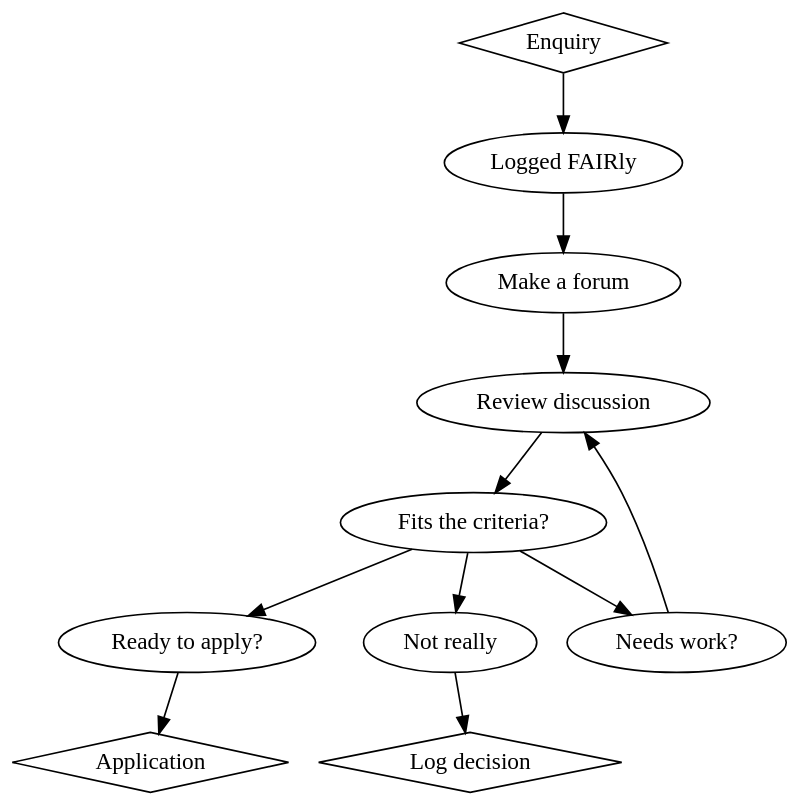
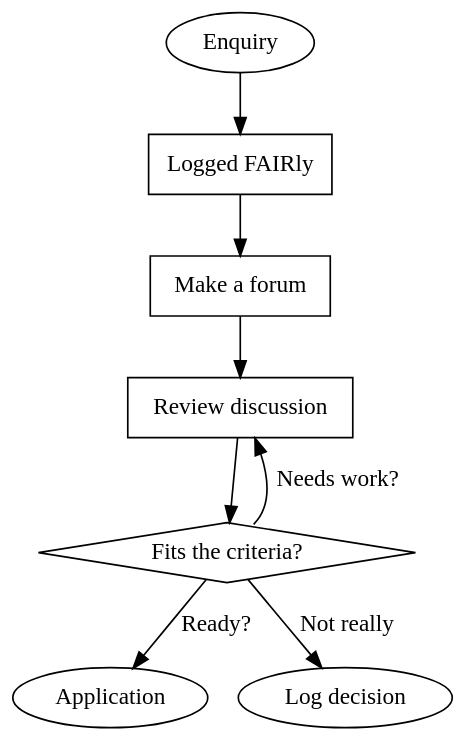
The diagram in team/governance/diagrams/triage.dot (NERC-CEH/rse_group), drawn with Graphviz before and after one commit. The commit also changed 2 other files, not shown here.

Commit message:
Refactored flow charts slightly

```diff
--- a/team/governance/diagrams/triage.dot
+++ b/team/governance/diagrams/triage.dot
@@ -1,32 +1,25 @@
-# http://www.graphviz.org/content/cluster
-
 
 digraph G {
     
   bgcolor=transparent;
   node [fontname = "Handlee"];
   edge [fontname = "Handlee"];
   
-  enquiry [ label="Enquiry" shape=diamond];
-  logged_once [ label="Logged FAIRly"];
-  make_forum [label="Make a forum"];
-  review_discussion [label="Review discussion"]
-  ready [label="Ready to apply?"]
-  needs_work [label="Needs work?"]
-  criteria [label="Fits the criteria?"]
-  not_really [label="Not really"]
-  application [ label="Application" shape="diamond"]
-  log_decision [label="Log decision" shape="diamond"]
+  enquiry [ label="Enquiry"];
+  logged_once [ label="Logged FAIRly" shape=rectangle];
+  make_forum [label="Make a forum" shape=rectangle];
+  review_discussion [label="Review discussion" shape=rectangle]
+  criteria [label="Fits the criteria?" shape=diamond]
+  
+  application [ label="Application"]
+  log_decision [label="Log decision"]
   
   enquiry -> logged_once;
   logged_once -> make_forum;
   make_forum -> review_discussion;
   review_discussion -> criteria;
-  criteria -> ready;
-  criteria -> needs_work;
-  criteria -> not_really;
-  needs_work -> review_discussion;
+  criteria -> application[label="Ready?"];
+  criteria:ne -> review_discussion[label="Needs work?"];
+  criteria -> log_decision [label="Not really"];
 
-  ready -> application;
-  not_really -> log_decision;
 }
```
